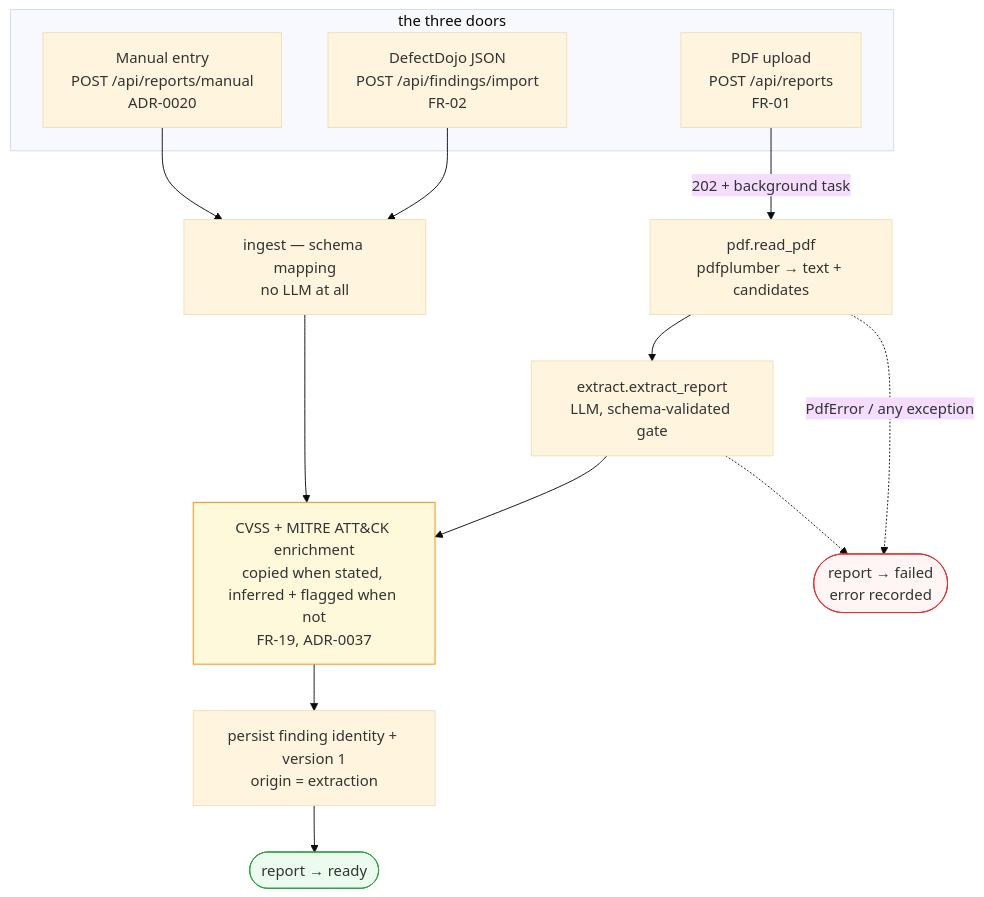
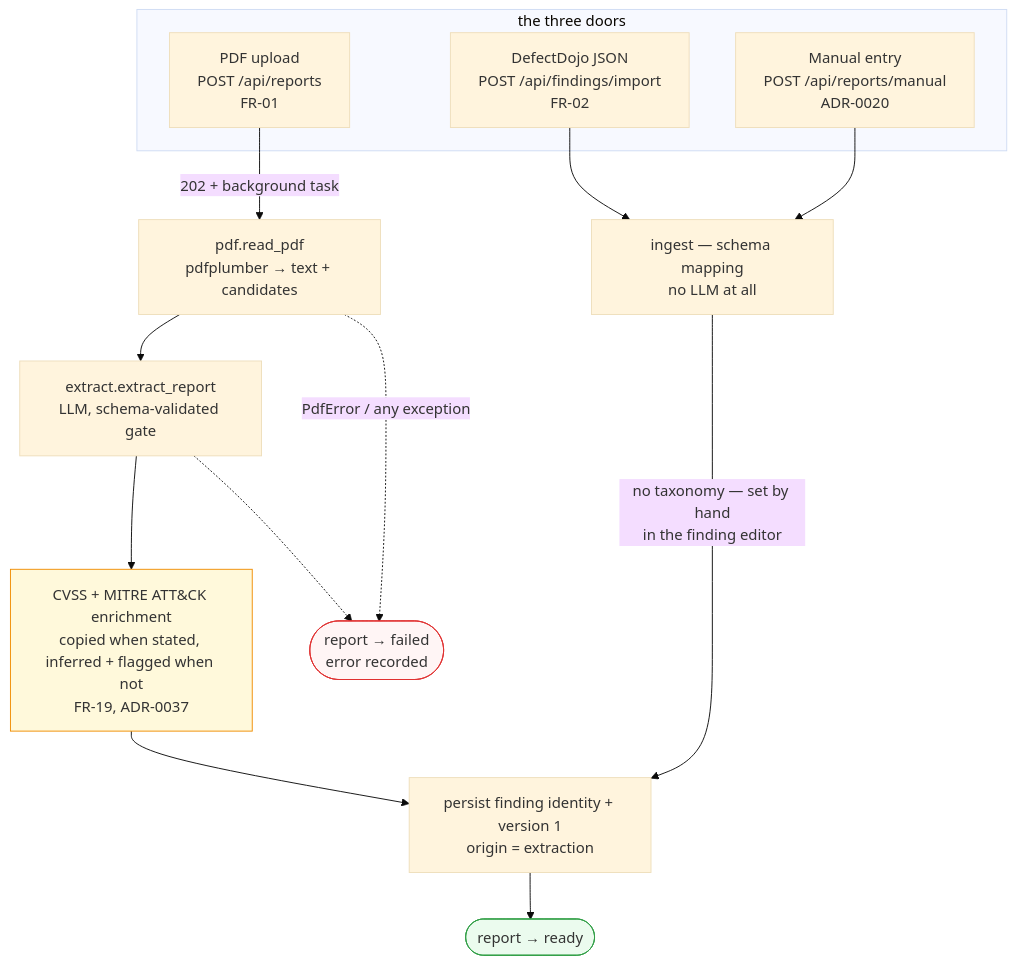
One commit to SelfishCoconut/revalid changed the first of 5 diagrams in docs/architecture/subsystem-flows.md. Above: the diagram before and after it, drawn with Mermaid (base theme). The commit also changed other lines of this file and 13 other files, not shown here.

````diff
--- a/docs/architecture/subsystem-flows.md
+++ b/docs/architecture/subsystem-flows.md
@@ -17,25 +17,25 @@
 ```mermaid
 flowchart TB
     subgraph doors["the three doors"]
         P["PDF upload<br/>POST /api/reports<br/>FR-01"]
         J["DefectDojo JSON<br/>POST /api/findings/import<br/>FR-02"]
         M["Manual entry<br/>POST /api/reports/manual<br/>ADR-0020"]
     end
 
     P -->|"202 + background task"| PX["pdf.read_pdf<br/>pdfplumber → text + candidates"]
     PX --> EX["extract.extract_report<br/>LLM, schema-validated gate"]
     J --> MAP["ingest — schema mapping<br/>no LLM at all"]
     M --> MAP
 
     EX --> ENR["CVSS + MITRE ATT&CK enrichment<br/>copied when stated, inferred + flagged when not<br/>FR-19, ADR-0037"]
-    MAP --> ENR
     ENR --> PERSIST["persist finding identity + version 1<br/>origin = extraction"]
+    MAP -->|"no taxonomy — set by hand<br/>in the finding editor"| PERSIST
     PERSIST --> READY(["report → ready"])
 
     PX -.->|"PdfError / any exception"| FAIL(["report → failed<br/>error recorded"])
     EX -.-> FAIL
 
     style READY fill:#ebfbee,stroke:#2f9e44
     style FAIL fill:#fff5f5,stroke:#e03131
     style ENR fill:#fff9db,stroke:#f08c00
 ```
````
